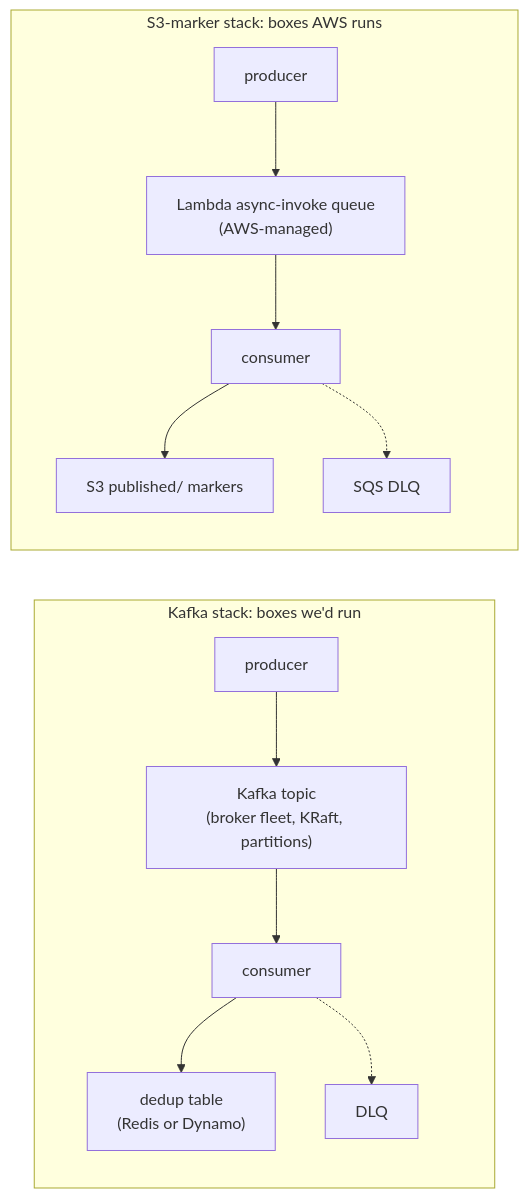
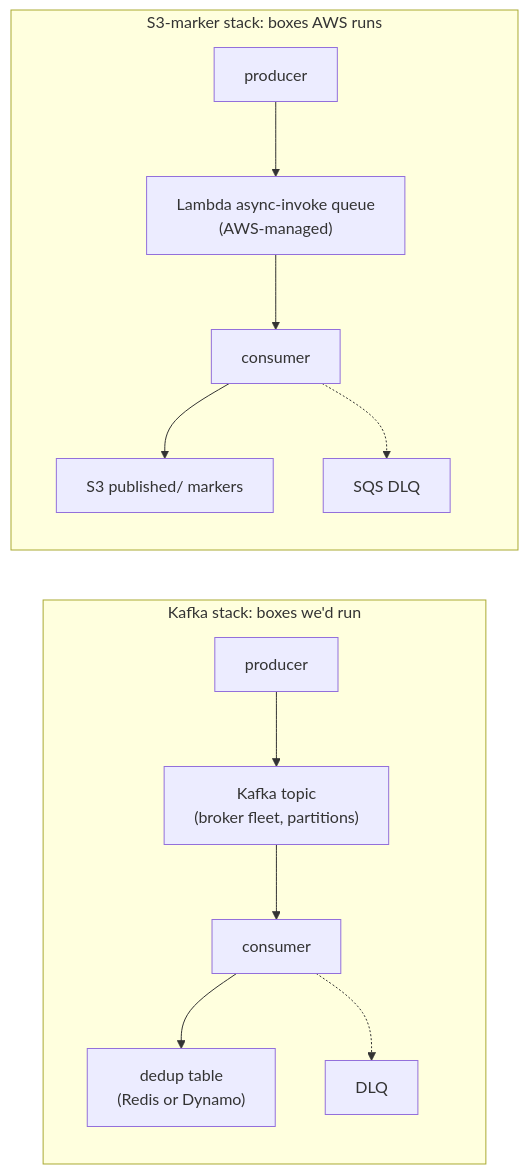
Before and after one commit to faisalkhan91/Fluxus: the diagram in src/assets/blog/posts/why-we-didnt-use-kafka-2026-05.md, drawn with Mermaid. The commit also changed other lines of this file and 13 other files, not shown here.

````diff
--- a/src/assets/blog/posts/why-we-didnt-use-kafka-2026-05.md
+++ b/src/assets/blog/posts/why-we-didnt-use-kafka-2026-05.md
@@ -23,21 +27,21 @@
 ```mermaid
 flowchart LR
   subgraph Kafka["Kafka stack: boxes we'd run"]
     P1[producer]
-    T["Kafka topic<br/>(broker fleet, KRaft, partitions)"]
+    T["Kafka topic<br/>(broker fleet, partitions)"]
     C1[consumer]
     D1["dedup table<br/>(Redis or Dynamo)"]
     DLQ1[DLQ]
     P1 --> T --> C1 --> D1
     C1 -.-> DLQ1
   end
   subgraph Markers["S3-marker stack: boxes AWS runs"]
     P2[producer]
     AsyncInvoke["Lambda async-invoke queue<br/>(AWS-managed)"]
     C2[consumer]
     D2["S3 published/ markers"]
     DLQ2[SQS DLQ]
     P2 --> AsyncInvoke --> C2 --> D2
     C2 -.-> DLQ2
   end
 ```
````
